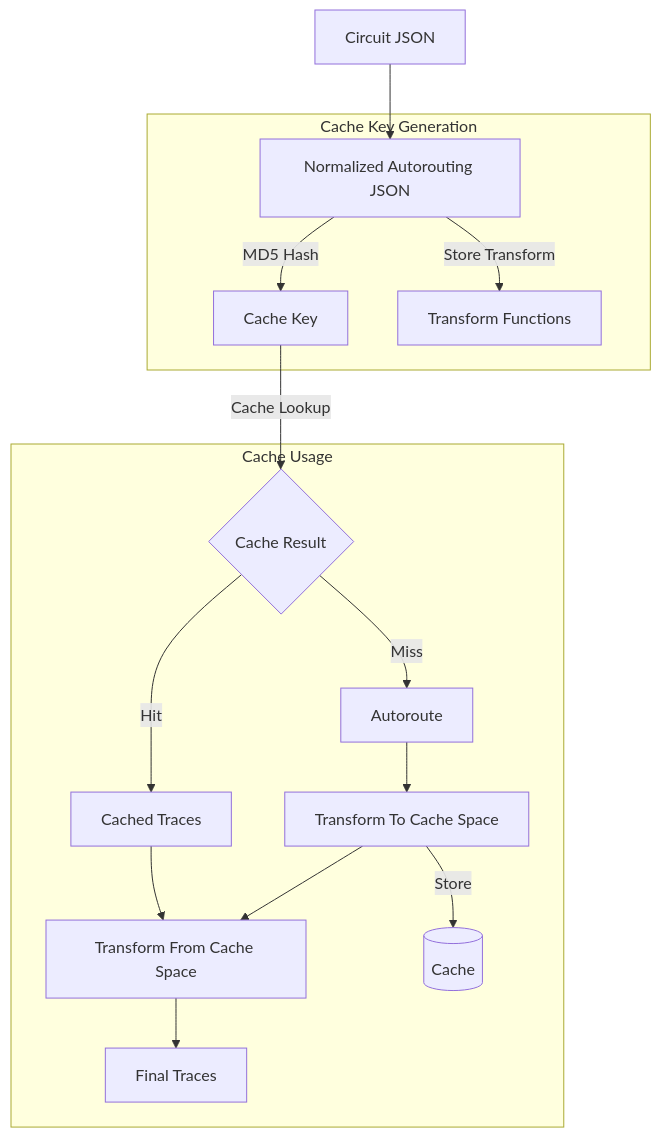
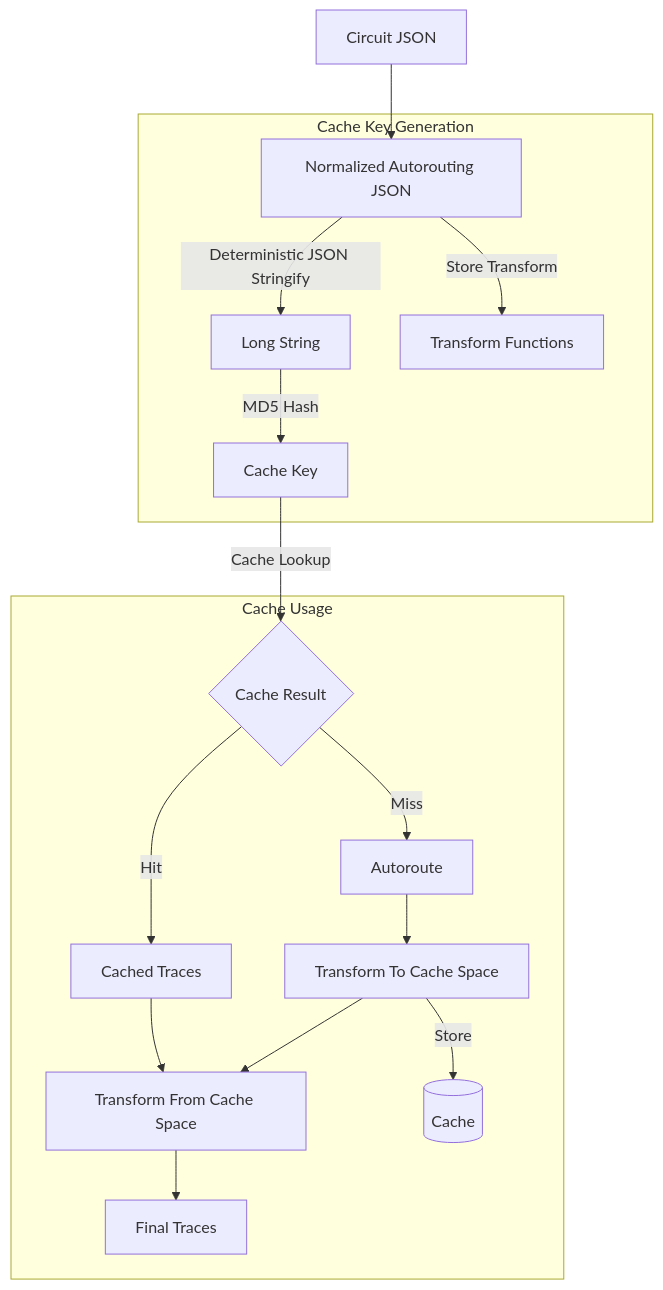
One commit to tscircuit/autorouting-cache-engine changed the diagram in README.md. Above: the diagram before and after it, drawn with Mermaid. The commit also changed other lines of this file, not shown here.

Commit message:
include longstring in readme

````diff
--- a/README.md
+++ b/README.md
@@ -46,27 +47,28 @@
 ```mermaid
 flowchart TD
     CJ[Circuit JSON] --> NAJ[Normalized Autorouting JSON]
-    NAJ --> |MD5 Hash| CK[Cache Key]
+    NAJ --> |Deterministic JSON Stringify| LS[Long String]
+    LS --> |MD5 Hash| CK[Cache Key]
     NAJ --> |Store Transform| TF[Transform Functions]
 
     subgraph "Cache Key Generation"
         NAJ
+        LS
         CK
         TF
     end
 
     subgraph "Cache Usage"
         CK --> |Cache Lookup| CR{Cache Result}
         CR -->|Hit| CT[Cached Traces]
         CR -->|Miss| AR[Autoroute]
 
         CT --> TFR[Transform From Cache Space]
         AR --> TTC[Transform To Cache Space]
 
         TTC --> |Store| Cache[(Cache)]
         TTC --> TFR
 
         TFR --> FT[Final Traces]
     end
-
 ```
````
